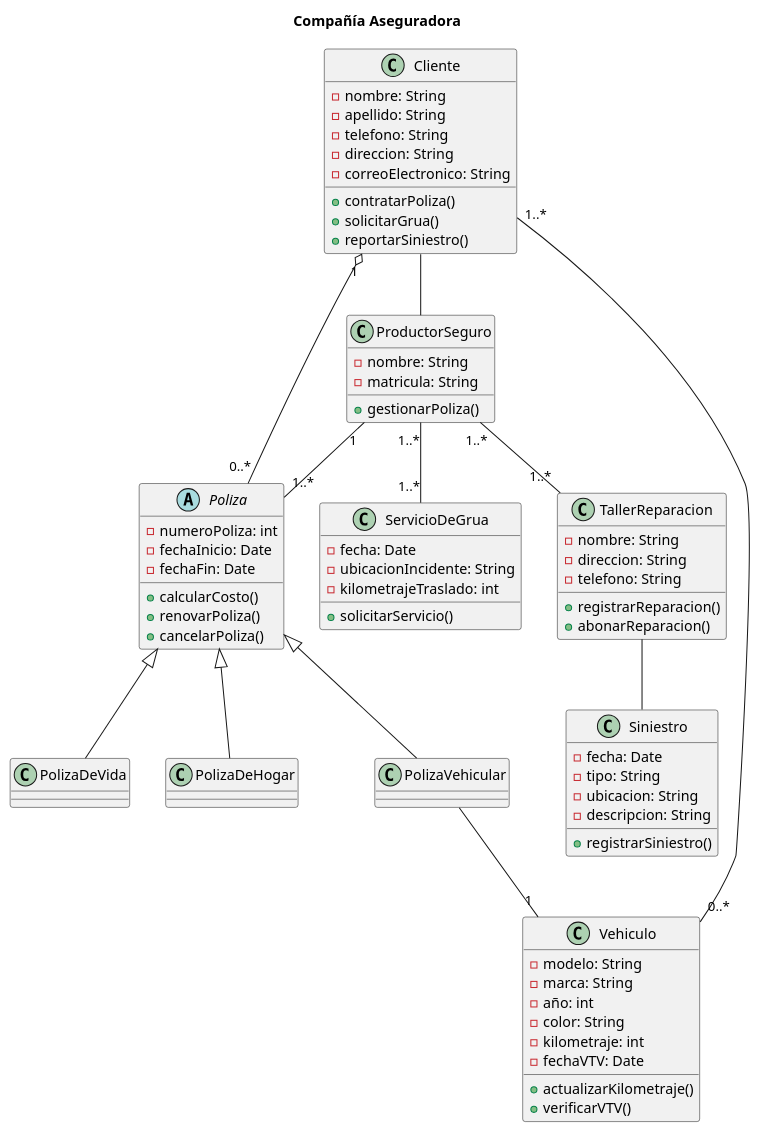
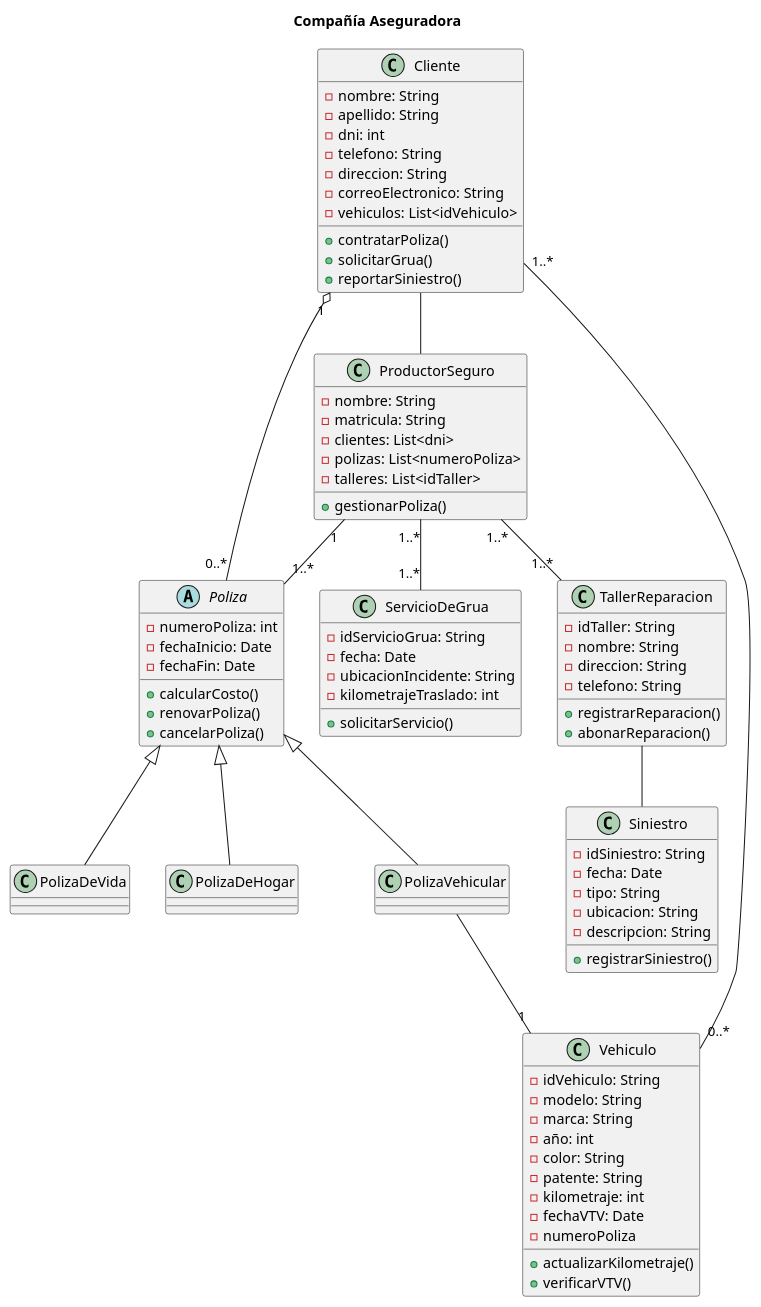
The diagram in 5-aseguradora/dc.plantuml (Andreskub/sistemas-informacion), drawn with PlantUML before and after one commit. The commit also changed 2 other files, not shown here.

```diff
--- a/5-aseguradora/dc.plantuml
+++ b/5-aseguradora/dc.plantuml
@@ -1,82 +1,97 @@
 @startuml
 
 title Compañía Aseguradora
 
 abstract class Poliza {
   - numeroPoliza: int
   - fechaInicio: Date
   - fechaFin: Date
   + calcularCosto()
   + renovarPoliza()
   + cancelarPoliza()
 }
 
 class Cliente {
   - nombre: String
   - apellido: String
+  - dni: int
   - telefono: String
   - direccion: String
   - correoElectronico: String
+  - vehiculos: List<idVehiculo>
 
   + contratarPoliza()
   + solicitarGrua()
   + reportarSiniestro()
 }
 
 class ProductorSeguro {
   - nombre: String
   - matricula: String
+  - clientes: List<dni>
+  - polizas: List<numeroPoliza>
+  - talleres: List<idTaller>
+
   + gestionarPoliza()
 }
 
 class Vehiculo {
+  - idVehiculo: String
   - modelo: String
   - marca: String
   - año: int
   - color: String
+  - patente: String
   - kilometraje: int
   - fechaVTV: Date
+  - numeroPoliza
+
   + actualizarKilometraje()
   + verificarVTV()
 }
 
 class ServicioDeGrua {
+  - idServicioGrua: String
   - fecha: Date
   - ubicacionIncidente: String
   - kilometrajeTraslado: int
   + solicitarServicio()
 }
 
 class TallerReparacion {
+  - idTaller: String
   - nombre: String
   - direccion: String
   - telefono: String
+
   + registrarReparacion()
   + abonarReparacion()
 }
 
 class Siniestro {
+  - idSiniestro: String
   - fecha: Date
   - tipo: String
   - ubicacion: String
   - descripcion: String
+
   + registrarSiniestro()
 }
 
 Cliente "1..*" -- "0..*" Vehiculo
 Cliente -- ProductorSeguro
 Cliente "1" o-- "0..*" Poliza
 
 Poliza <|-- PolizaDeVida
 Poliza <|-- PolizaDeHogar
 Poliza <|-- PolizaVehicular
 
 PolizaVehicular -- "1" Vehiculo
 
 ProductorSeguro "1" -- "1..*" Poliza
 ProductorSeguro "1..*" -- "1..*" ServicioDeGrua
 ProductorSeguro "1..*" -- "1..*" TallerReparacion
 
 TallerReparacion -- Siniestro
 
 @enduml
```
